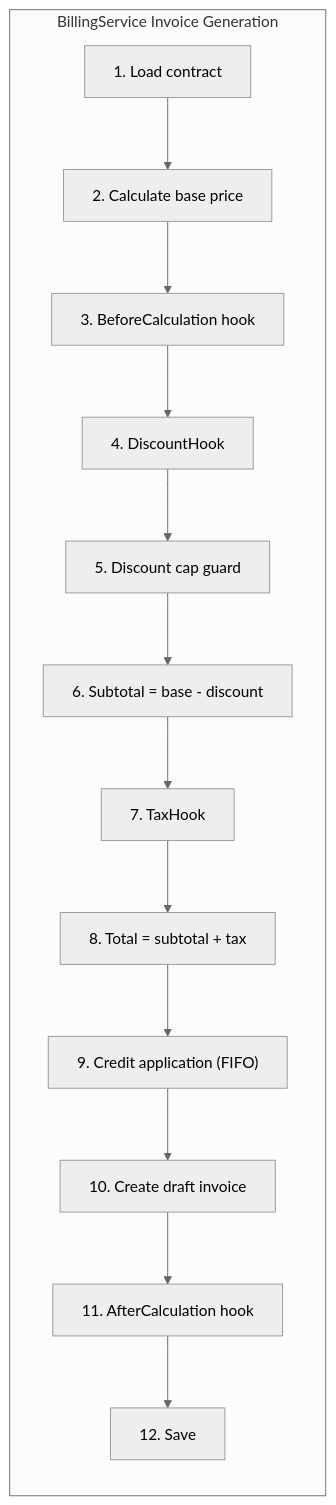
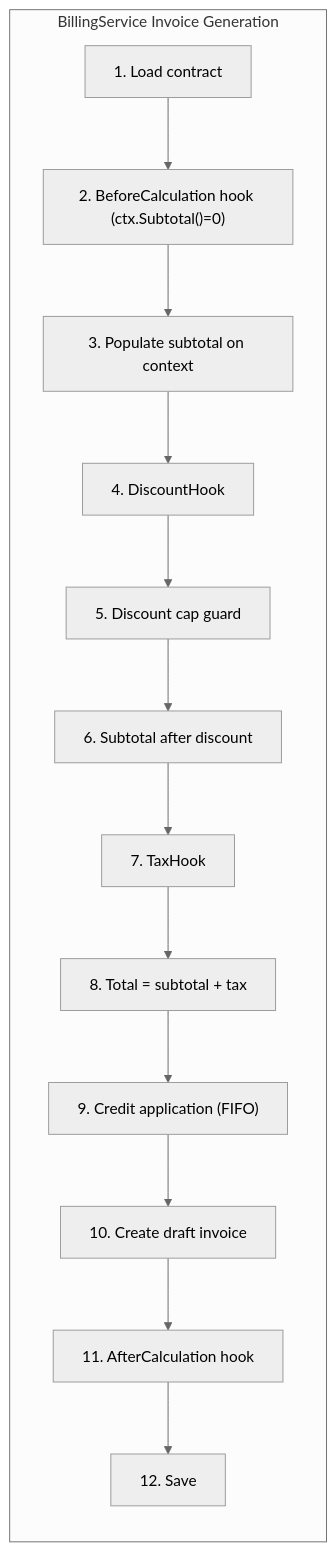
The fifth of 5 diagrams in docs/architecture.md (contract-to-cash/core), drawn with Mermaid (neutral theme) before and after one commit. The commit also changed other lines of this file and 7 other files, not shown here.

````diff
--- a/docs/architecture.md
+++ b/docs/architecture.md
@@ -265,16 +265,16 @@
 ```mermaid
 flowchart LR
     subgraph Pipeline["BillingService Invoice Generation"]
-        A["1. Load contract"] --> B["2. Calculate base price"]
-        B --> C["3. BeforeCalculation hook"]
+        A["1. Load contract"] --> B["2. BeforeCalculation hook (ctx.Subtotal()=0)"]
+        B --> C["3. Populate subtotal on context"]
         C --> D["4. DiscountHook"]
         D --> E["5. Discount cap guard"]
-        E --> F["6. Subtotal = base - discount"]
+        E --> F["6. Subtotal after discount"]
         F --> G["7. TaxHook"]
         G --> H["8. Total = subtotal + tax"]
         H --> I["9. Credit application (FIFO)"]
         I --> J["10. Create draft invoice"]
         J --> K["11. AfterCalculation hook"]
         K --> L["12. Save"]
     end
 ```
````
